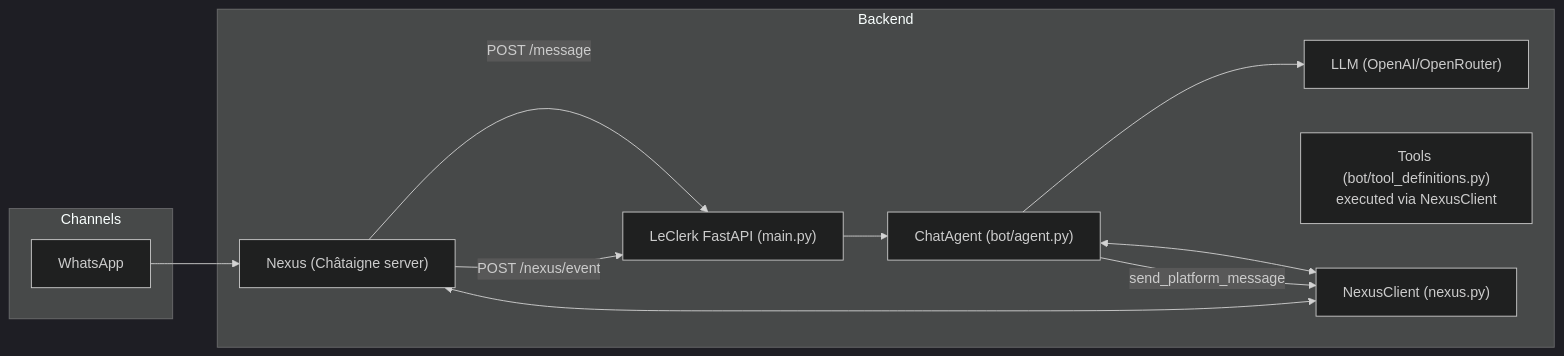
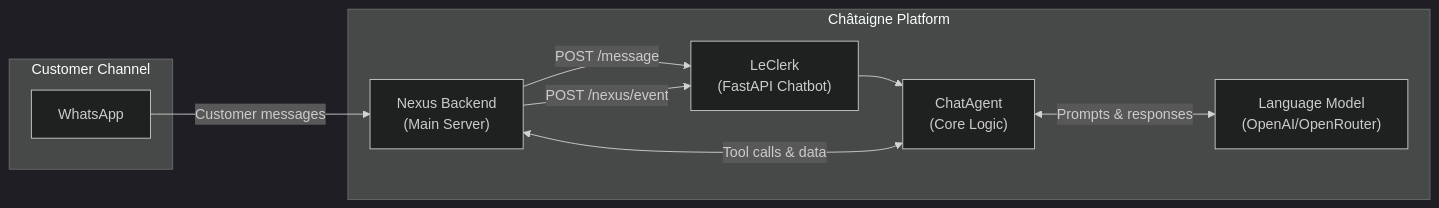
One commit to chataigne-ai/docs changed the first of 4 diagrams in working-with-the-chatbot/leclerk-architecture.mdx. Above: the diagram before and after it, drawn with Mermaid (dark theme). The commit also changed other lines of this file and 8 other files, not shown here.

````diff
--- a/working-with-the-chatbot/leclerk-architecture.mdx
+++ b/working-with-the-chatbot/leclerk-architecture.mdx
@@ -11,24 +29,20 @@
 ```mermaid
 flowchart LR
-    subgraph Channels
+    subgraph "Customer Channel"
       WA["WhatsApp"]
     end
 
-    subgraph Backend
-      NX["Nexus (Châtaigne server)"]
-      LC["LeClerk FastAPI (main.py)"]
-      AG["ChatAgent (bot/agent.py)"]
-      LLM["LLM (OpenAI/OpenRouter)"]
-      TOOLS["Tools (bot/tool_definitions.py)\nexecuted via NexusClient"]
-      NXC["NexusClient (nexus.py)"]
+    subgraph "Châtaigne Platform"
+      NX["Nexus Backend<br/>(Main Server)"]
+      LC["LeClerk<br/>(FastAPI Chatbot)"]
+      AG["ChatAgent<br/>(Core Logic)"]
+      LLM["Language Model<br/>(OpenAI/OpenRouter)"]
     end
 
-    WA --> NX
-    NX -- POST /message --> LC
-    NX -- POST /nexus/event --> LC
+    WA -->|"Customer messages"| NX
+    NX -->|"POST /message"| LC
+    NX -->|"POST /nexus/event"| LC
     LC --> AG
-    AG --> LLM
-    AG <--> NXC
-    NXC <--> NX
-    AG -->|send_platform_message| NXC
+    AG <-->|"Prompts & responses"| LLM
+    AG <-->|"Tool calls & data"| NX
 ```
````
